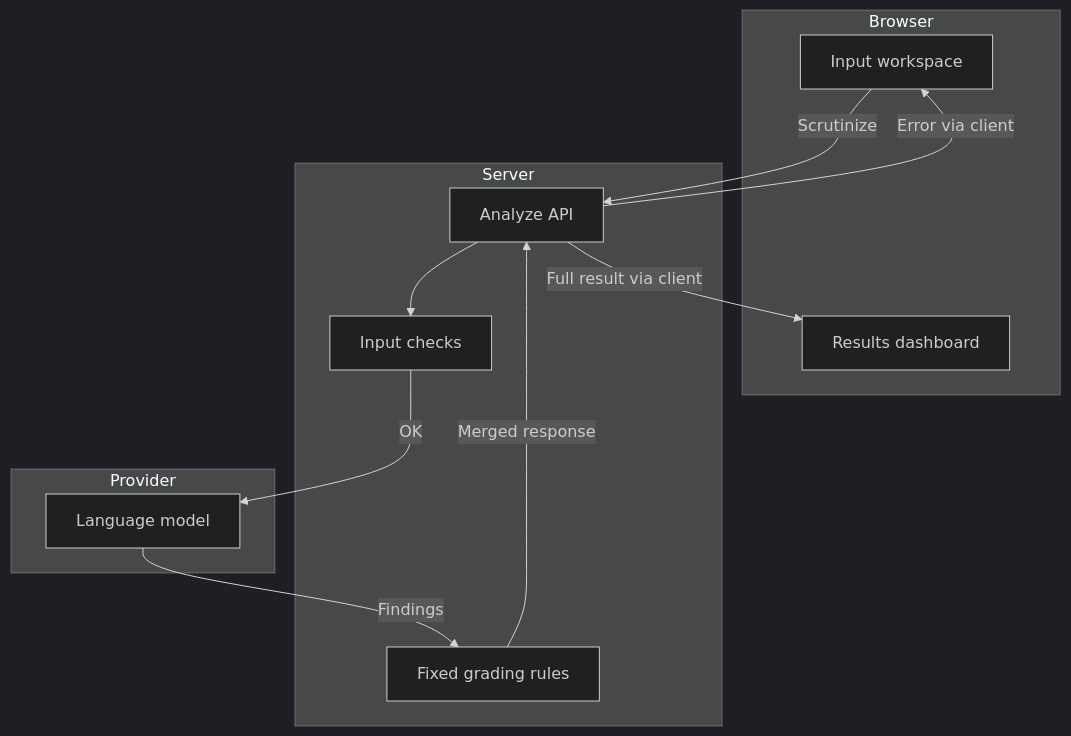
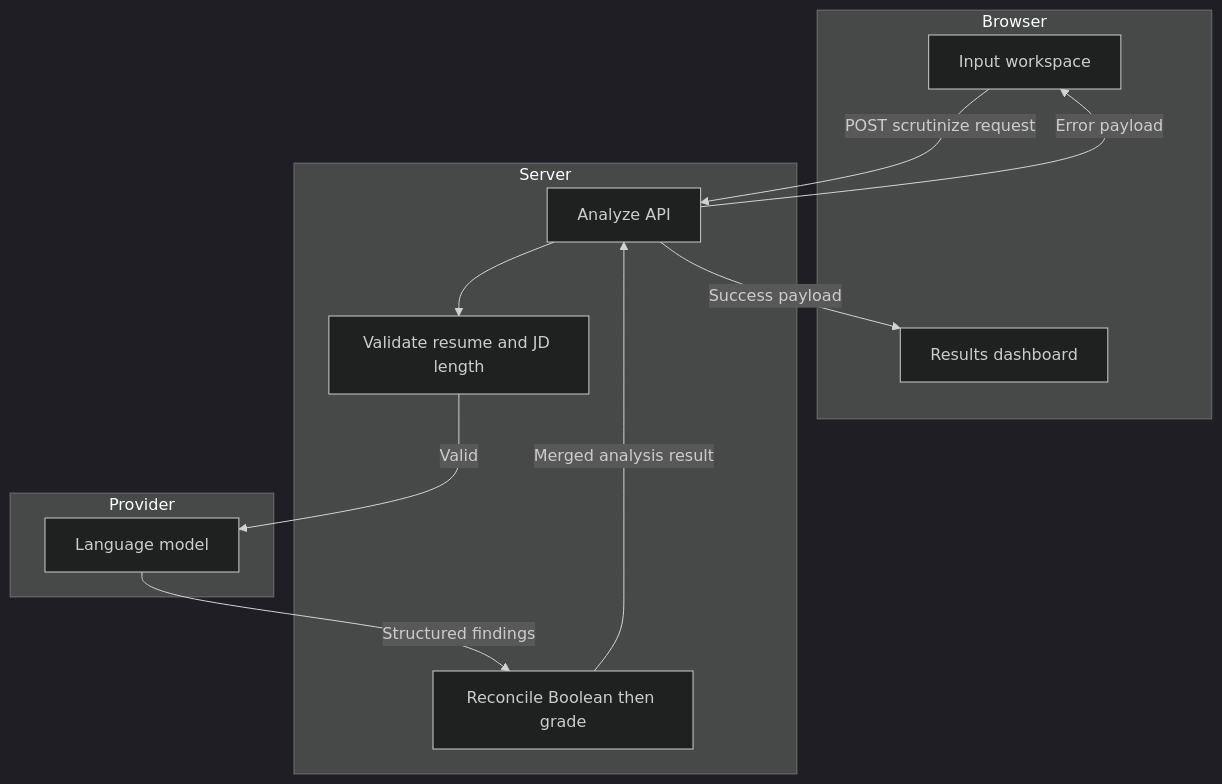
One commit to mstvn0/cvscrutineer changed the first of 8 diagrams in spec.md. Above: the diagram before and after it, drawn with Mermaid (dark theme). The commit also changed other lines of this file and 3 other files, not shown here.

Commit message:
docs: align diagrams and PASS wording with server grading

````diff
--- a/spec.md
+++ b/spec.md
@@ -48,22 +48,22 @@
 ```mermaid
 graph TB
   subgraph Browser
     Input[Input workspace]
     Dash[Results dashboard]
   end
   subgraph Server
     API[Analyze API]
-    Check[Input checks]
-    Grade[Fixed grading rules]
+    Check[Validate resume and JD length]
+    Grade[Reconcile Boolean then grade]
   end
   subgraph Provider
     Model[Language model]
   end
-  Input -->|Scrutinize| API
+  Input -->|POST scrutinize request| API
   API --> Check
-  Check -->|OK| Model
-  Model -->|Findings| Grade
-  Grade -->|Merged response| API
-  API -->|Full result via client| Dash
-  API -->|Error via client| Input
+  Check -->|Valid| Model
+  Model -->|Structured findings| Grade
+  Grade -->|Merged analysis result| API
+  API -->|Success payload| Dash
+  API -->|Error payload| Input
 ```
````
